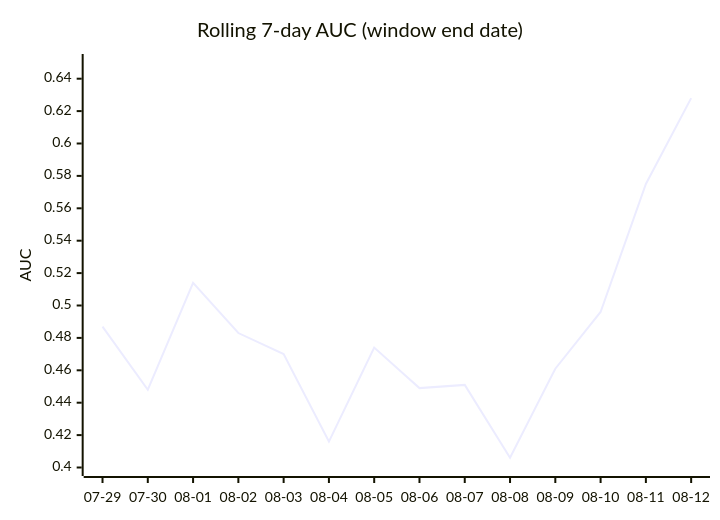
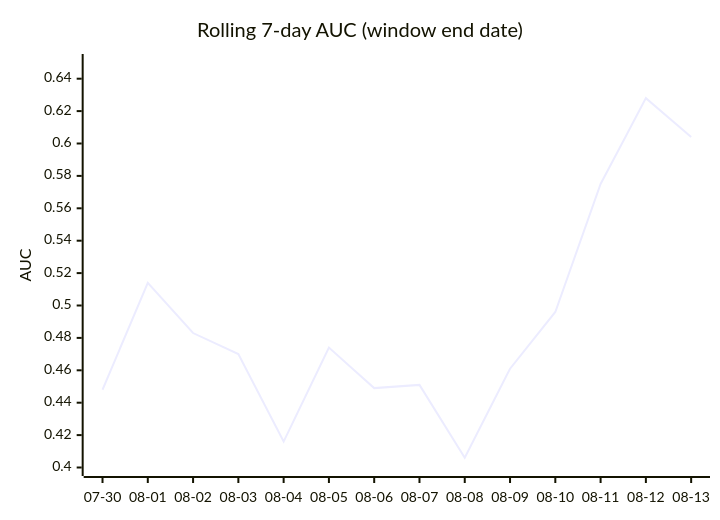
Before and after one commit to dpk1212/nhl-savant: the third of 4 diagrams in DAILY_AGSU_REPORT.md, drawn with Mermaid. The commit also changed other lines of this file, not shown here.

````diff
--- a/DAILY_AGSU_REPORT.md
+++ b/DAILY_AGSU_REPORT.md
@@ -787,7 +797,7 @@
 ```mermaid
 xychart-beta
     title "Rolling 7-day AUC (window end date)"
-    x-axis ["07-29", "07-30", "08-01", "08-02", "08-03", "08-04", "08-05", "08-06", "08-07", "08-08", "08-09", "08-10", "08-11", "08-12"]
+    x-axis ["07-30", "08-01", "08-02", "08-03", "08-04", "08-05", "08-06", "08-07", "08-08", "08-09", "08-10", "08-11", "08-12", "08-13"]
     y-axis "AUC" 0.4 --> 0.65
-    line [0.487, 0.448, 0.514, 0.483, 0.47, 0.416, 0.474, 0.449, 0.451, 0.406, 0.461, 0.496, 0.575, 0.628]
+    line [0.448, 0.514, 0.483, 0.47, 0.416, 0.474, 0.449, 0.451, 0.406, 0.461, 0.496, 0.575, 0.628, 0.604]
 ```
````
